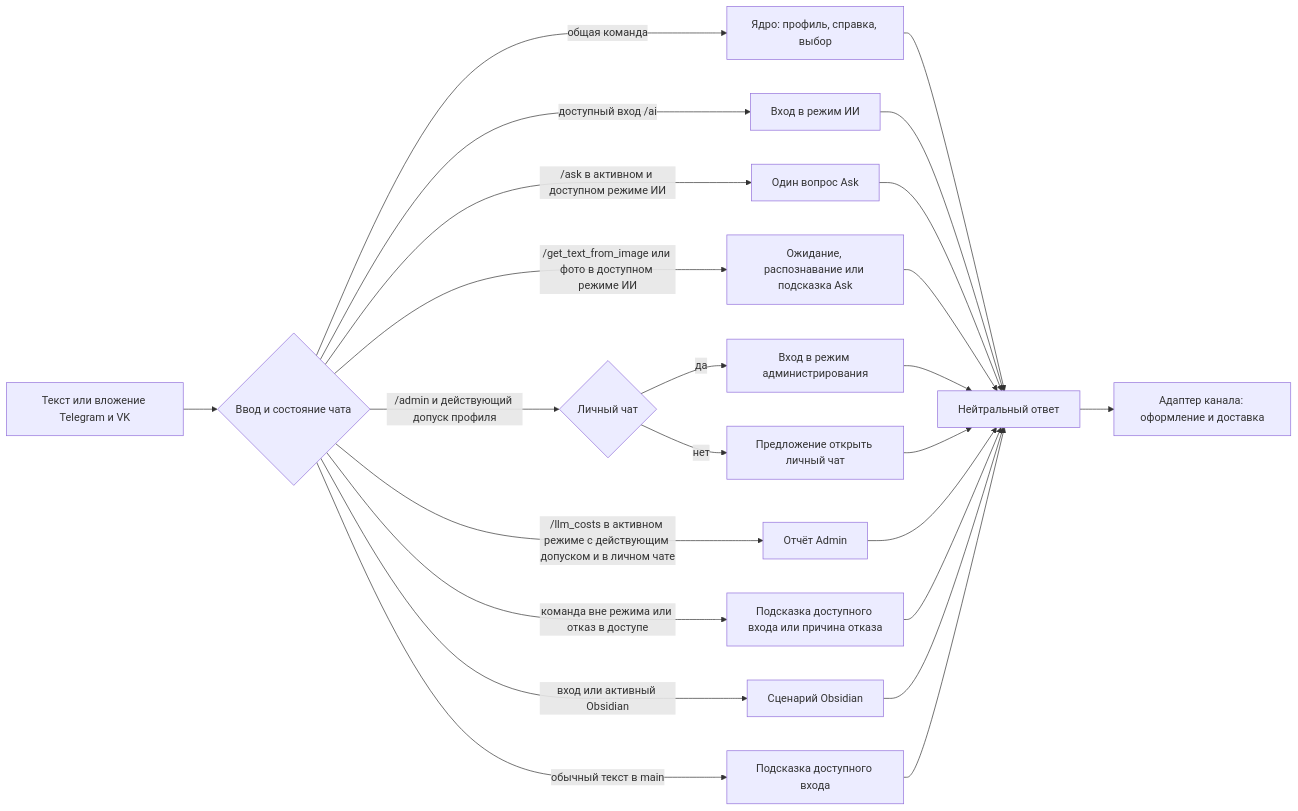
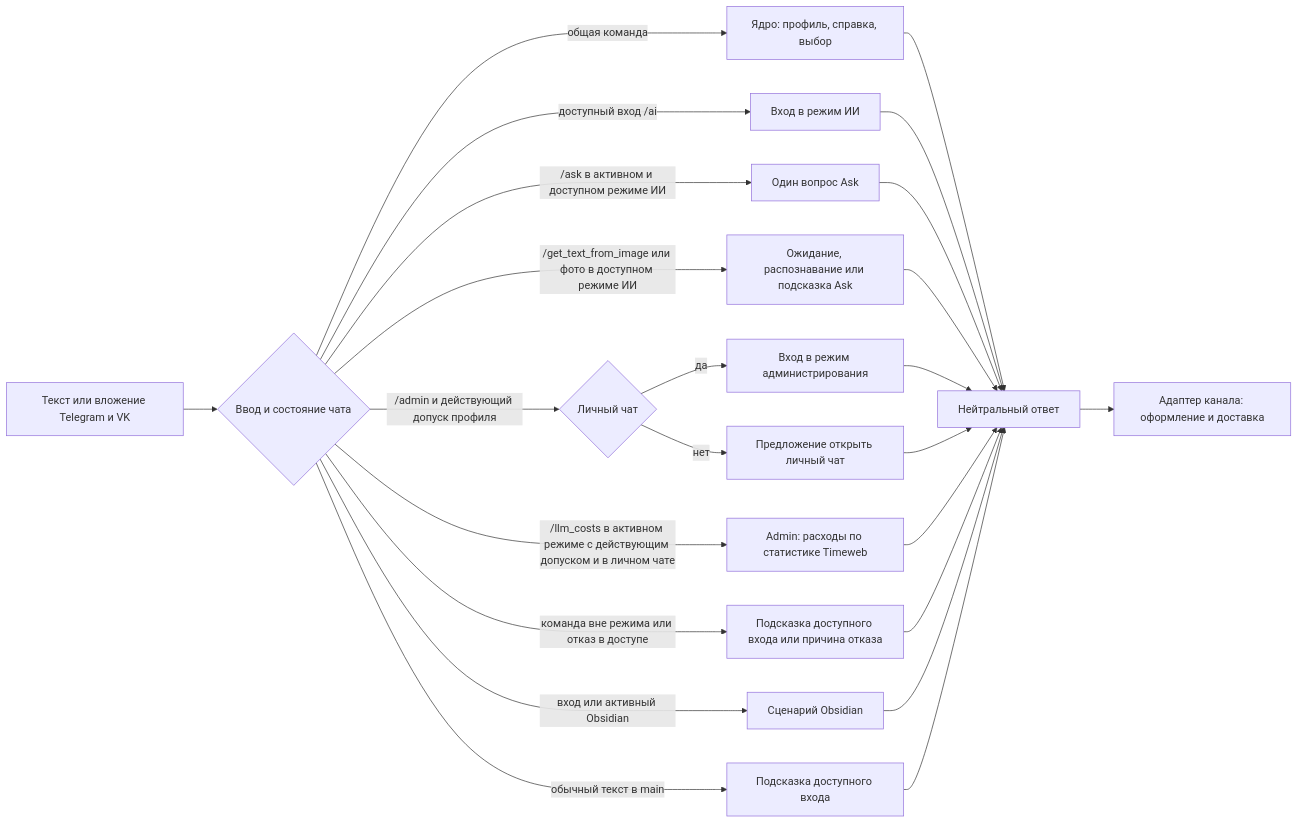
Before and after one commit to karateka-git/compadre-assistant: the diagram in docs/USER_MESSAGES.md, drawn with Mermaid. The commit also changed 12 other files, not shown here.

````diff
--- a/docs/USER_MESSAGES.md
+++ b/docs/USER_MESSAGES.md
@@ -20,26 +20,26 @@
 ```mermaid
 flowchart LR
     A[Текст или вложение Telegram и VK] --> B{Ввод и состояние чата}
     B -->|общая команда| C[Ядро: профиль, справка, выбор]
     B -->|доступный вход /ai| D[Вход в режим ИИ]
     B -->|/ask в активном и доступном режиме ИИ| I[Один вопрос Ask]
     B -->|/get_text_from_image или фото в доступном режиме ИИ| K[Ожидание, распознавание или подсказка Ask]
     B -->|/admin и действующий допуск профиля| L{Личный чат}
     L -->|да| Q[Вход в режим администрирования]
     L -->|нет| P[Предложение открыть личный чат]
-    B -->|/llm_costs в активном режиме с действующим допуском и в личном чате| N[Отчёт Admin]
+    B -->|/llm_costs в активном режиме с действующим допуском и в личном чате| N[Admin: расходы по статистике Timeweb]
     B -->|команда вне режима или отказ в доступе| J[Подсказка доступного входа или причина отказа]
     B -->|вход или активный Obsidian| E[Сценарий Obsidian]
     B -->|обычный текст в main| F[Подсказка доступного входа]
     C --> G[Нейтральный ответ]
     D --> G
     I --> G
     K --> G
     Q --> G
     N --> G
     P --> G
     J --> G
     E --> G
     F --> G
     G --> H[Адаптер канала: оформление и доставка]
 ```
````
